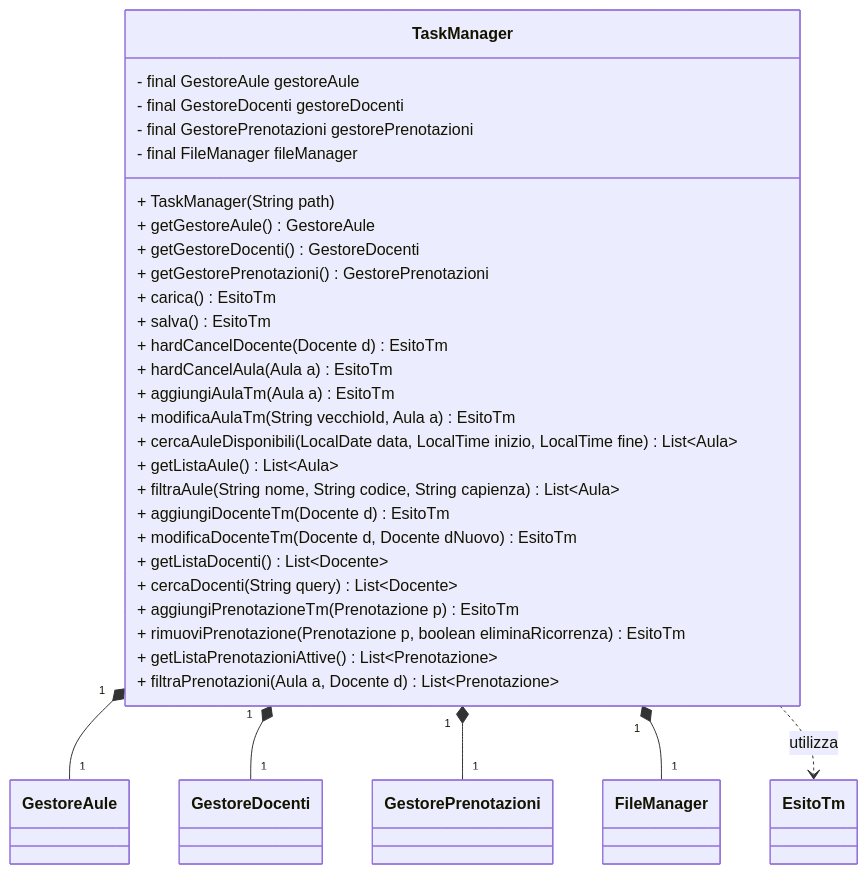
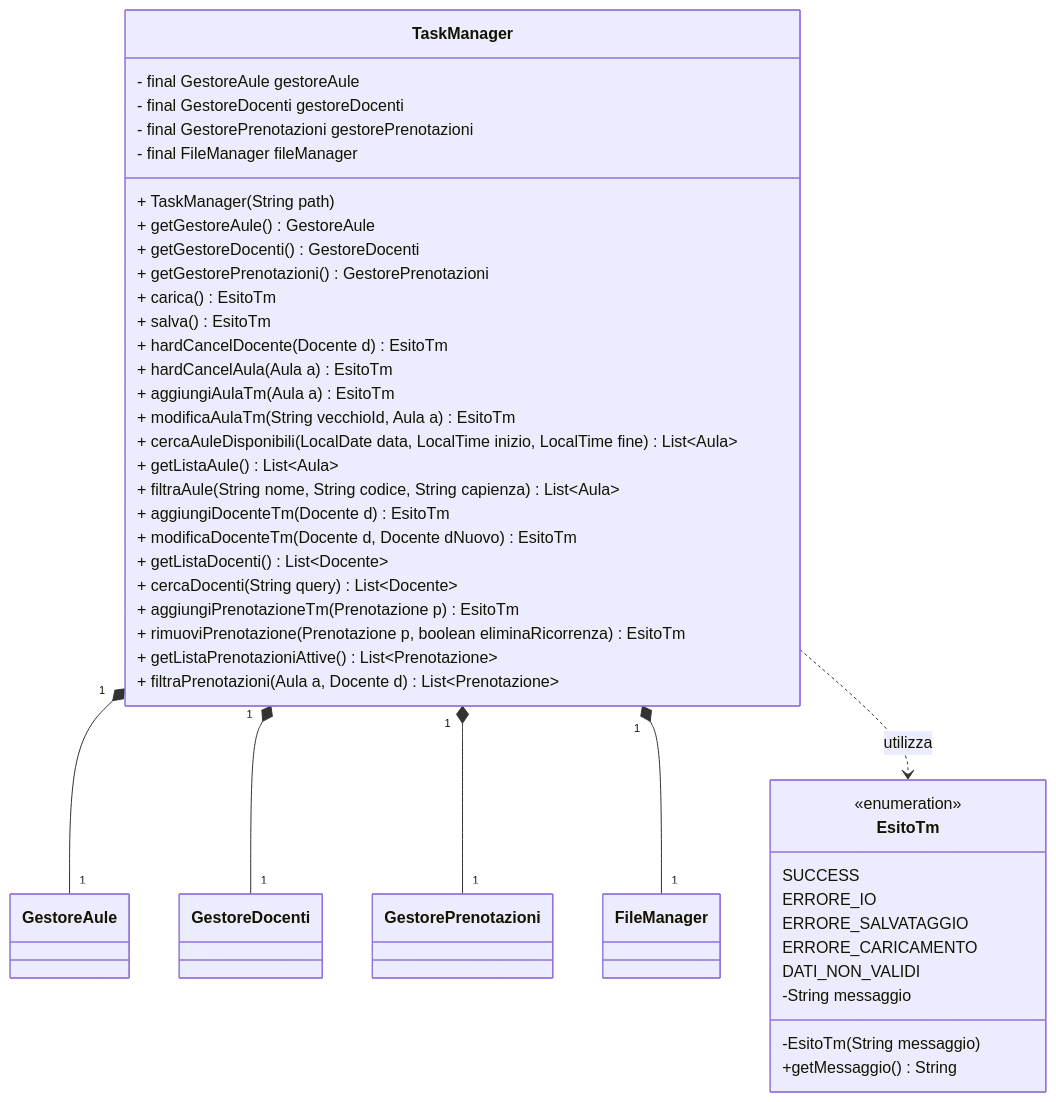
The diagram in diagrams/class diagrams/taskManagerClassDiagram.md (gcarbone48/PrenotazioneAule5), drawn with Mermaid before and after one commit.

Commit message:
FIX: enum EsitoTm mancante nel duagramma della classe TaskManager

````diff
--- a/diagrams/class diagrams/taskManagerClassDiagram.md
+++ b/diagrams/class diagrams/taskManagerClassDiagram.md
@@ -1,66 +1,78 @@
 ```mermaid
 classDiagram
+
+    class EsitoTm{
+        <<enumeration>>
+        SUCCESS
+        ERRORE_IO
+        ERRORE_SALVATAGGIO
+        ERRORE_CARICAMENTO
+        DATI_NON_VALIDI
+        -String messaggio
+        -EsitoTm(String messaggio)
+        +getMessaggio() String
+    }
 
     class TaskManager{
     - final GestoreAule gestoreAule
     - final GestoreDocenti gestoreDocenti
     - final GestorePrenotazioni gestorePrenotazioni
     - final FileManager fileManager
     
     %% path è il percorso del fileManager
 
     + TaskManager(String path)
     
     %% getter
     + getGestoreAule() GestoreAule
     + getGestoreDocenti() GestoreDocenti
     + getGestorePrenotazioni() GestorePrenotazioni
 
     %% qui contatta il fileManager 
 
     + carica() EsitoTm
     + salva() EsitoTm
 
     %% hardCancelDocente chiama la rimozione docente di GestoreDocenti e la rimozione prenotazioni
     %% associate a docente di GestorePrenotazioni
 
     + hardCancelDocente(Docente d) EsitoTm
 
     %% hardCancelAula chiama la rimozione aula di GestoreAule e la rimozione prenotazioni
     %% associate a aula di GestorePrenotazioni
 
     + hardCancelAula(Aula a) EsitoTm
 
     %% wrapping di GestoreAule
 
     + aggiungiAulaTm(Aula a) EsitoTm
     + modificaAulaTm(String vecchioId, Aula a) EsitoTm
 
     + cercaAuleDisponibili(LocalDate data, LocalTime inizio, LocalTime fine) List~Aula~
     + getListaAule() List~Aula~
     + filtraAule(String nome, String codice, String capienza) List~Aula~
 
     %% wrapping di GestoreDocenti
 
     + aggiungiDocenteTm(Docente d) EsitoTm
     + modificaDocenteTm(Docente d, Docente dNuovo) EsitoTm
 
     + getListaDocenti() List~Docente~
     + cercaDocenti(String query) List~Docente~
     
     %% wrapping di GestorePrenotazioni
 
     + aggiungiPrenotazioneTm(Prenotazione p) EsitoTm
     + rimuoviPrenotazione(Prenotazione p, boolean eliminaRicorrenza) EsitoTm
     + getListaPrenotazioniAttive() List~Prenotazione~
     + filtraPrenotazioni(Aula a, Docente d) List~Prenotazione~
     
     }
 
     TaskManager "1" *-- "1" GestoreAule
     TaskManager "1" *-- "1" GestoreDocenti
     TaskManager "1" *-- "1" GestorePrenotazioni
     TaskManager "1" *-- "1" FileManager
     TaskManager ..> EsitoTm : utilizza
 
 ```
````
